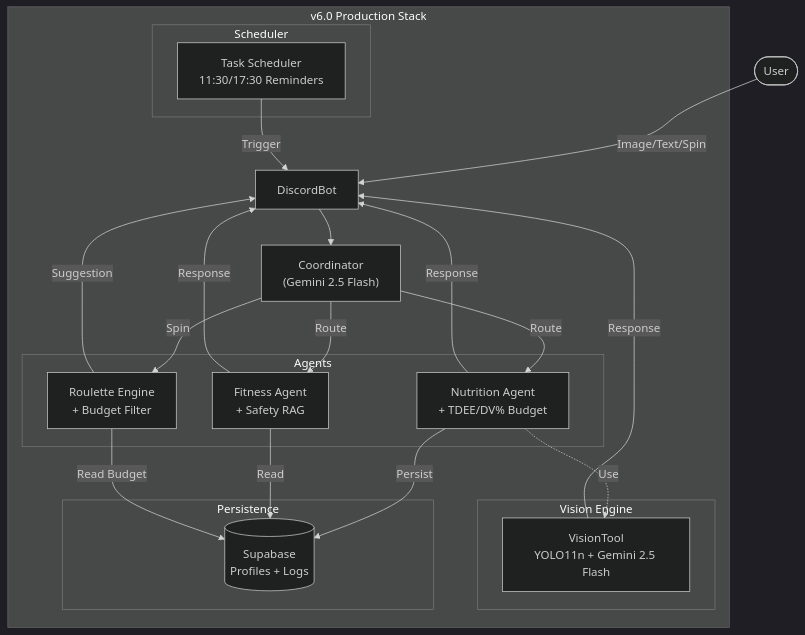
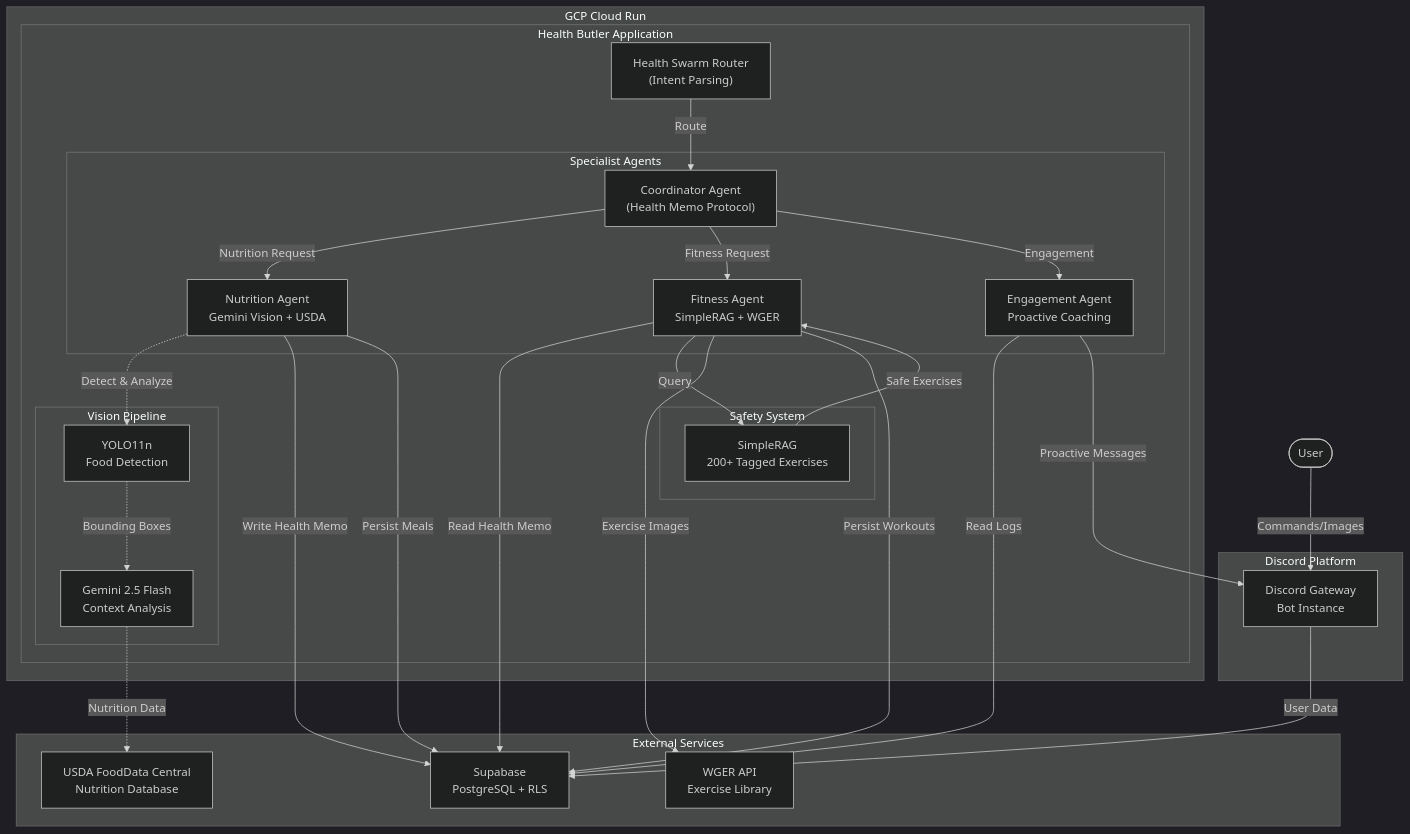
One commit to kevinhust/AIG200Capstone changed the first of 8 diagrams in docs/architecture/context/diagrams.md. Above: the diagram before and after it, drawn with Mermaid (dark theme). The commit also changed other lines of this file and 2 other files, not shown here.

First line of the commit message:
docs: update Command Registry and architecture diagrams to match actual implementation

````diff
--- a/docs/architecture/context/diagrams.md
+++ b/docs/architecture/context/diagrams.md
@@ -111,42 +22,58 @@
 ```mermaid
 graph TB
-    User([User]) -->|"Image/Text/Spin"| DiscordBot
+    User([User]) -->|"Commands/Images"| Discord
 
-    subgraph "v6.0 Production Stack"
-        DiscordBot --> Coordinator["Coordinator\n(Gemini 2.5 Flash)"]
+    subgraph "Discord Platform"
+        Discord["Discord Gateway\nBot Instance"]
+    end
 
-        subgraph "Vision Engine"
-            VisionSingleton["VisionTool\nYOLO11n + Gemini 2.5 Flash"]
-        end
+    subgraph "GCP Cloud Run"
+        subgraph "Health Butler Application"
+            Router["Health Swarm Router\n(Intent Parsing)"]
 
-        subgraph "Agents"
-            NutritionAgent["Nutrition Agent\n+ TDEE/DV% Budget"]
-            FitnessAgent["Fitness Agent\n+ Safety RAG"]
-            RouletteEngine["Roulette Engine\n+ Budget Filter"]
-        end
+            subgraph "Specialist Agents"
+                Coordinator["Coordinator Agent\n(Health Memo Protocol)"]
+                NutritionAgent["Nutrition Agent\nGemini Vision + USDA"]
+                FitnessAgent["Fitness Agent\nSimpleRAG + WGER"]
+                EngagementAgent["Engagement Agent\nProactive Coaching"]
+            end
 
-        subgraph "Persistence"
-            Supabase[("Supabase\nProfiles + Logs")]
-        end
+            subgraph "Vision Pipeline"
+                YOLO["YOLO11n\nFood Detection"]
+                Gemini["Gemini 2.5 Flash\nContext Analysis"]
+            end
 
-        subgraph "Scheduler"
-            ReminderSvc["Task Scheduler\n11:30/17:30 Reminders"]
+            subgraph "Safety System"
+                SimpleRAG["SimpleRAG\n200+ Tagged Exercises"]
+            end
         end
     end
 
-    Coordinator -->|"Route"| NutritionAgent
-    Coordinator -->|"Route"| FitnessAgent
-    Coordinator -->|"Spin"| RouletteEngine
+    subgraph "External Services"
+        Supabase["Supabase\nPostgreSQL + RLS"]
+        WGER["WGER API\nExercise Library"]
+        USDA["USDA FoodData Central\nNutrition Database"]
+    end
 
-    NutritionAgent -.->|"Use"| VisionSingleton
-    NutritionAgent -->|"Persist"| Supabase
-    FitnessAgent -->|"Read"| Supabase
-    RouletteEngine -->|"Read Budget"| Supabase
+    Router -->|"Route"| Coordinator
+    Coordinator -->|"Nutrition Request"| NutritionAgent
+    Coordinator -->|"Fitness Request"| FitnessAgent
+    Coordinator -->|"Engagement"| EngagementAgent
 
-    ReminderSvc -->|"Trigger"| DiscordBot
+    NutritionAgent -.->|"Detect & Analyze"| YOLO
+    YOLO -.->|"Bounding Boxes"| Gemini
+    Gemini -.->|"Nutrition Data"| USDA
+    NutritionAgent -->|"Write Health Memo"| Supabase
 
-    VisionSingleton -->|"Response"| DiscordBot
-    NutritionAgent -->|"Response"| DiscordBot
-    FitnessAgent -->|"Response"| DiscordBot
-    RouletteEngine -->|"Suggestion"| DiscordBot
+    FitnessAgent -->|"Read Health Memo"| Supabase
+    FitnessAgent -->|"Query"| SimpleRAG
+    SimpleRAG -->|"Safe Exercises"| FitnessAgent
+    FitnessAgent -->|"Exercise Images"| WGER
+
+    EngagementAgent -->|"Read Logs"| Supabase
+    EngagementAgent -->|"Proactive Messages"| Discord
+
+    NutritionAgent -->|"Persist Meals"| Supabase
+    FitnessAgent -->|"Persist Workouts"| Supabase
+    Discord -->|"User Data"| Supabase
 ```
````
